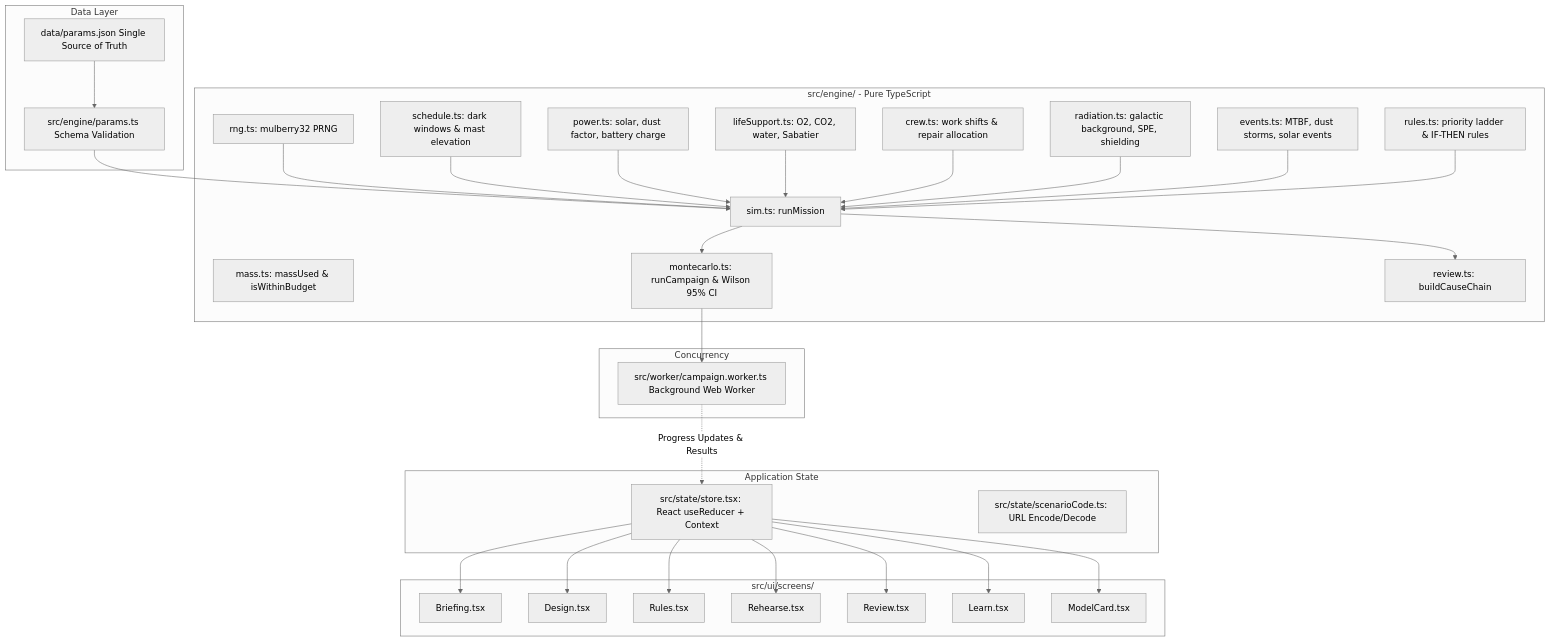
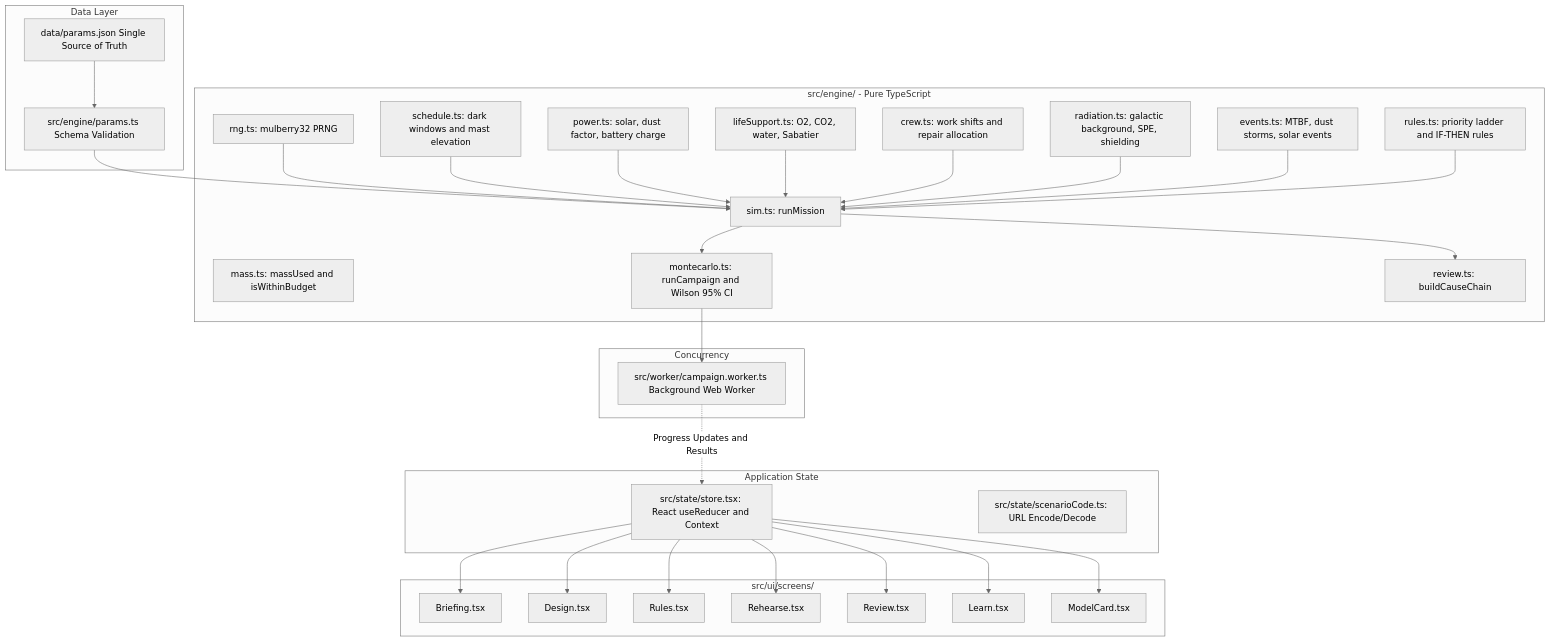
One commit to jaineesh-kumar/NASA_APP_Challenge changed the second of 3 diagrams in README.md. Above: the diagram before and after it, drawn with Mermaid (neutral theme). The commit also changed other lines of this file, not shown here.

Commit message:
docs: fix Mermaid diagram syntax in README - Jaineesh Kumar

````diff
--- a/README.md
+++ b/README.md
@@ -94,41 +94,41 @@
 ```mermaid
 graph TD
     subgraph Data Layer
-        PJSON[data/params.json Single Source of Truth] --> PLOAD[src/engine/params.ts Schema Validation]
+        PJSON["data/params.json Single Source of Truth"] --> PLOAD["src/engine/params.ts Schema Validation"]
     end
 
     subgraph Simulation Engine [src/engine/ - Pure TypeScript]
-        PLOAD --> SIM[sim.ts: runMission]
-        RNG[rng.ts: mulberry32 PRNG] --> SIM
-        MASS[mass.ts: massUsed & isWithinBudget]
-        SCHED[schedule.ts: dark windows & mast elevation] --> SIM
-        POW[power.ts: solar, dust factor, battery charge] --> SIM
-        LIFE[lifeSupport.ts: O2, CO2, water, Sabatier] --> SIM
-        CREW[crew.ts: work shifts & repair allocation] --> SIM
-        RAD[radiation.ts: galactic background, SPE, shielding] --> SIM
-        EVT[events.ts: MTBF, dust storms, solar events] --> SIM
-        RULES[rules.ts: priority ladder & IF-THEN rules] --> SIM
-        SIM --> MC[montecarlo.ts: runCampaign & Wilson 95% CI]
-        SIM --> REV[review.ts: buildCauseChain]
+        PLOAD --> SIM["sim.ts: runMission"]
+        RNG["rng.ts: mulberry32 PRNG"] --> SIM
+        MASS["mass.ts: massUsed and isWithinBudget"]
+        SCHED["schedule.ts: dark windows and mast elevation"] --> SIM
+        POW["power.ts: solar, dust factor, battery charge"] --> SIM
+        LIFE["lifeSupport.ts: O2, CO2, water, Sabatier"] --> SIM
+        CREW["crew.ts: work shifts and repair allocation"] --> SIM
+        RAD["radiation.ts: galactic background, SPE, shielding"] --> SIM
+        EVT["events.ts: MTBF, dust storms, solar events"] --> SIM
+        RULES["rules.ts: priority ladder and IF-THEN rules"] --> SIM
+        SIM --> MC["montecarlo.ts: runCampaign and Wilson 95% CI"]
+        SIM --> REV["review.ts: buildCauseChain"]
     end
 
     subgraph Concurrency
-        MC --> WORKER[src/worker/campaign.worker.ts Background Web Worker]
+        MC --> WORKER["src/worker/campaign.worker.ts Background Web Worker"]
     end
 
     subgraph Application State
-        STORE[src/state/store.tsx: React useReducer + Context]
-        SCENARIO[src/state/scenarioCode.ts: URL Encode/Decode]
+        STORE["src/state/store.tsx: React useReducer and Context"]
+        SCENARIO["src/state/scenarioCode.ts: URL Encode/Decode"]
     end
 
     subgraph UI Screens [src/ui/screens/]
-        WORKER -. Progress Updates & Results .-> STORE
-        STORE --> SCR_BRIEF[Briefing.tsx]
-        STORE --> SCR_DES[Design.tsx]
-        STORE --> SCR_RULES[Rules.tsx]
-        STORE --> SCR_REH[Rehearse.tsx]
-        STORE --> SCR_REV[Review.tsx]
-        STORE --> SCR_LRN[Learn.tsx]
-        STORE --> SCR_MC[ModelCard.tsx]
+        WORKER -. "Progress Updates and Results" .-> STORE
+        STORE --> SCR_BRIEF["Briefing.tsx"]
+        STORE --> SCR_DES["Design.tsx"]
+        STORE --> SCR_RULES["Rules.tsx"]
+        STORE --> SCR_REH["Rehearse.tsx"]
+        STORE --> SCR_REV["Review.tsx"]
+        STORE --> SCR_LRN["Learn.tsx"]
+        STORE --> SCR_MC["ModelCard.tsx"]
     end
 ```
````
